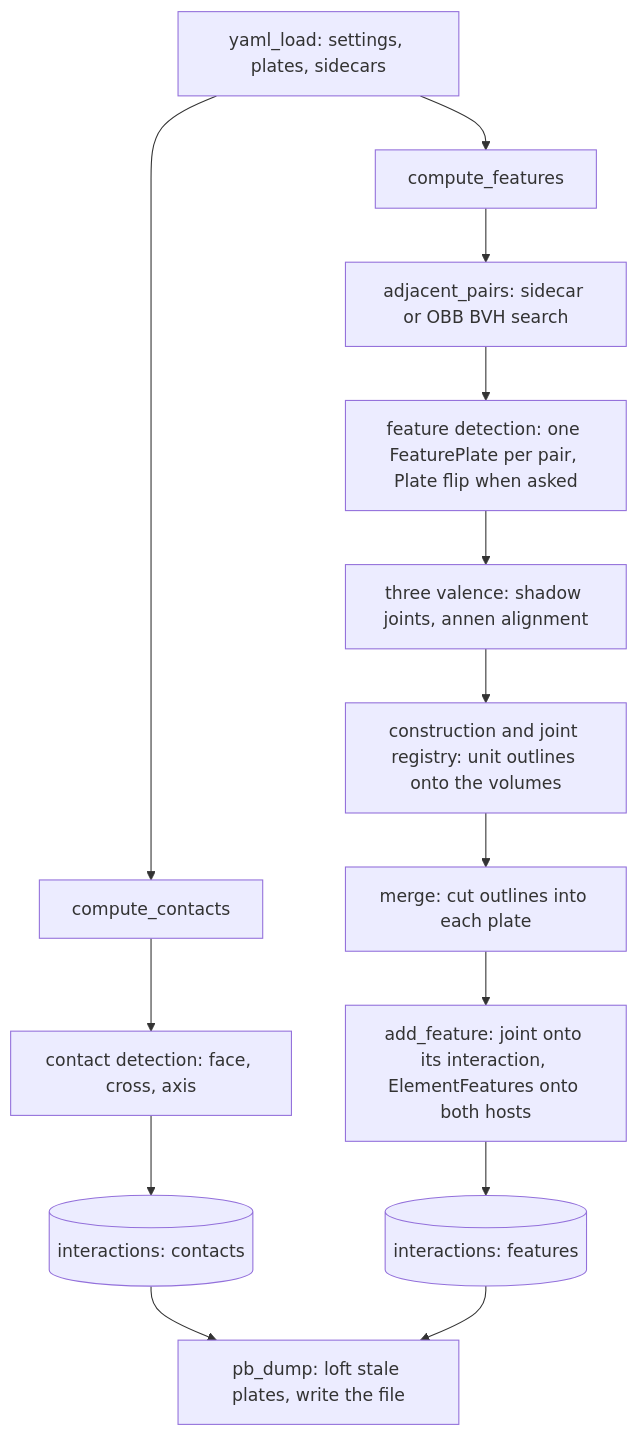
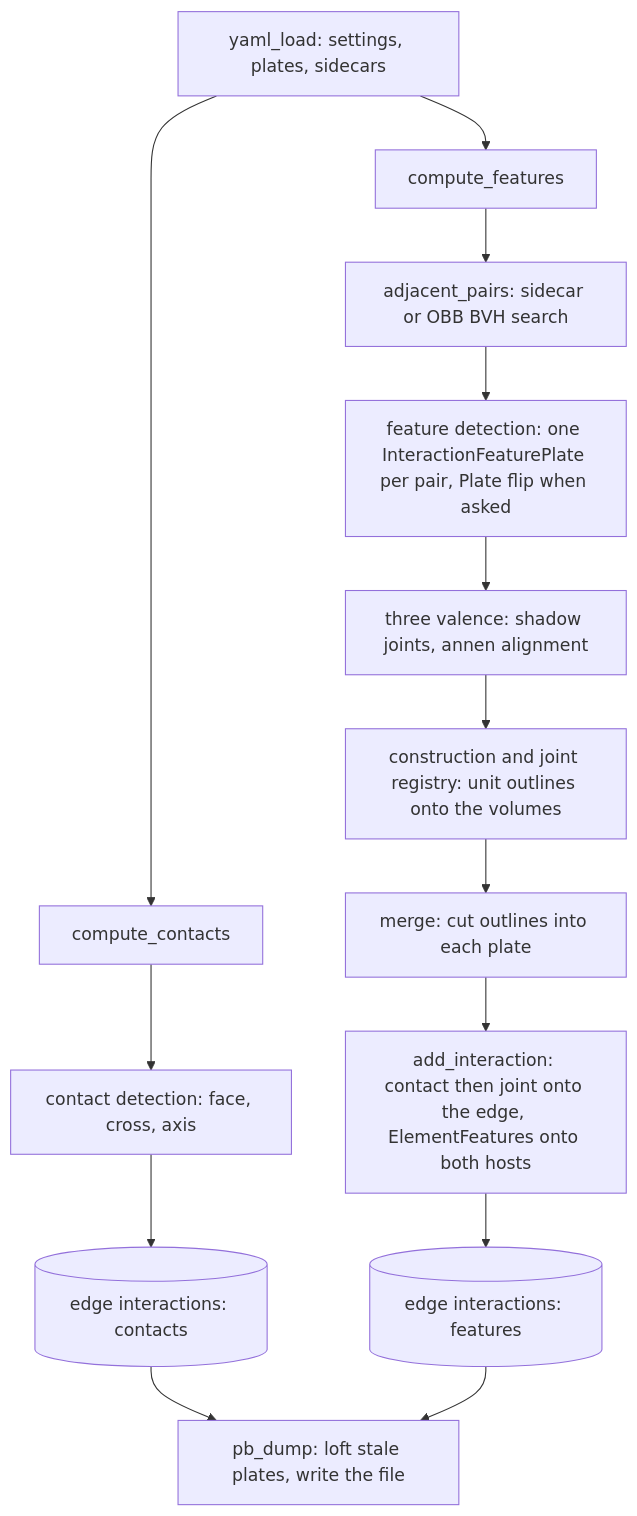
The eighth of 10 diagrams in src/docs.md (petrasvestartas/wood), drawn with Mermaid before and after one commit. The commit also changed other lines of this file and 132 other files, not shown here.

Commit message:
wood: interactions derive from the kernel's abstract Interaction (InteractionContact/Feature/Structure and their leaves), WoodSession add/get/has/remove_interaction on elements only, contacts and joints stored per edge, no private helpers

````diff
--- a/src/docs.md
+++ b/src/docs.md
@@ -278,16 +278,16 @@
 ```mermaid
 flowchart TB
     Y["yaml_load: settings, plates, sidecars"] --> CC["compute_contacts"]
     Y --> CF["compute_features"]
     CC --> CD["contact detection: face, cross, axis"]
-    CD --> ST[("interactions: contacts")]
+    CD --> ST[("edge interactions: contacts")]
     CF --> AP["adjacent_pairs: sidecar or OBB BVH search"]
-    AP --> FD["feature detection: one FeaturePlate per pair, Plate flip when asked"]
+    AP --> FD["feature detection: one InteractionFeaturePlate per pair, Plate flip when asked"]
     FD --> TV["three valence: shadow joints, annen alignment"]
     TV --> FC["construction and joint registry: unit outlines onto the volumes"]
     FC --> MM["merge: cut outlines into each plate"]
-    MM --> AF["add_feature: joint onto its interaction, ElementFeatures onto both hosts"]
-    AF --> ST2[("interactions: features")]
+    MM --> AF["add_interaction: contact then joint onto the edge, ElementFeatures onto both hosts"]
+    AF --> ST2[("edge interactions: features")]
     ST --> PB["pb_dump: loft stale plates, write the file"]
     ST2 --> PB
 ```
````
